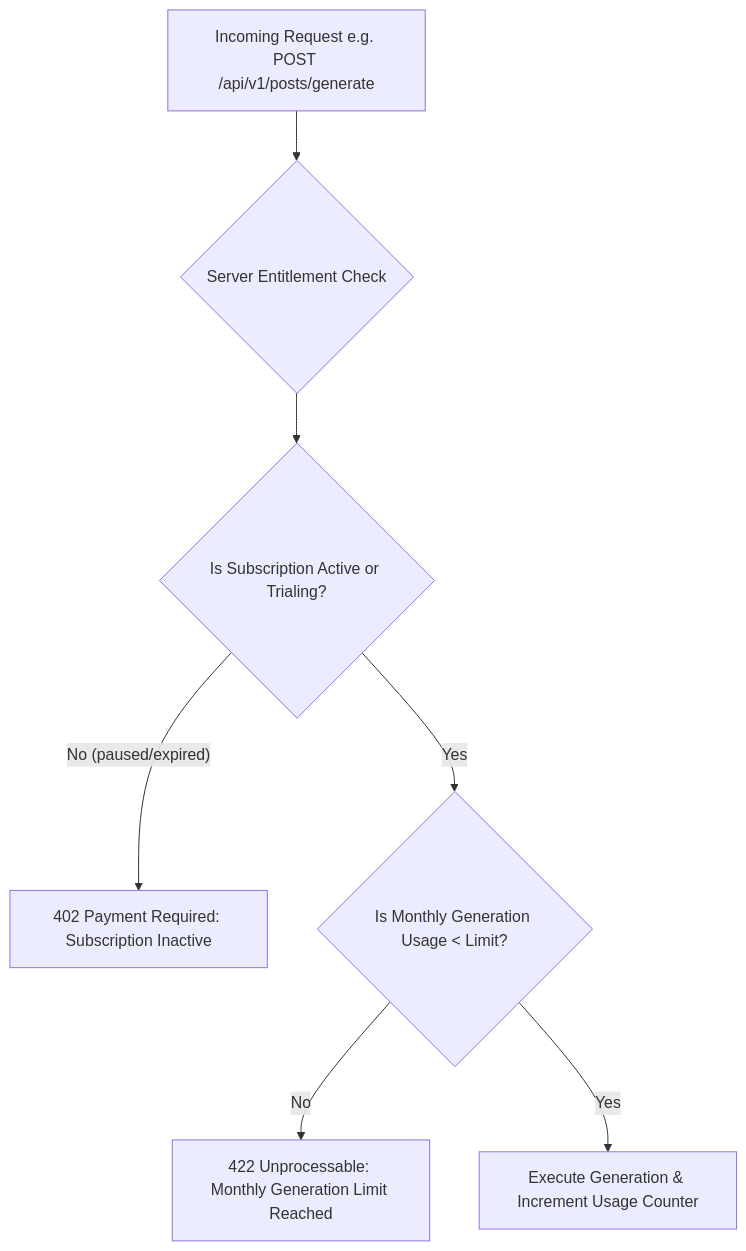
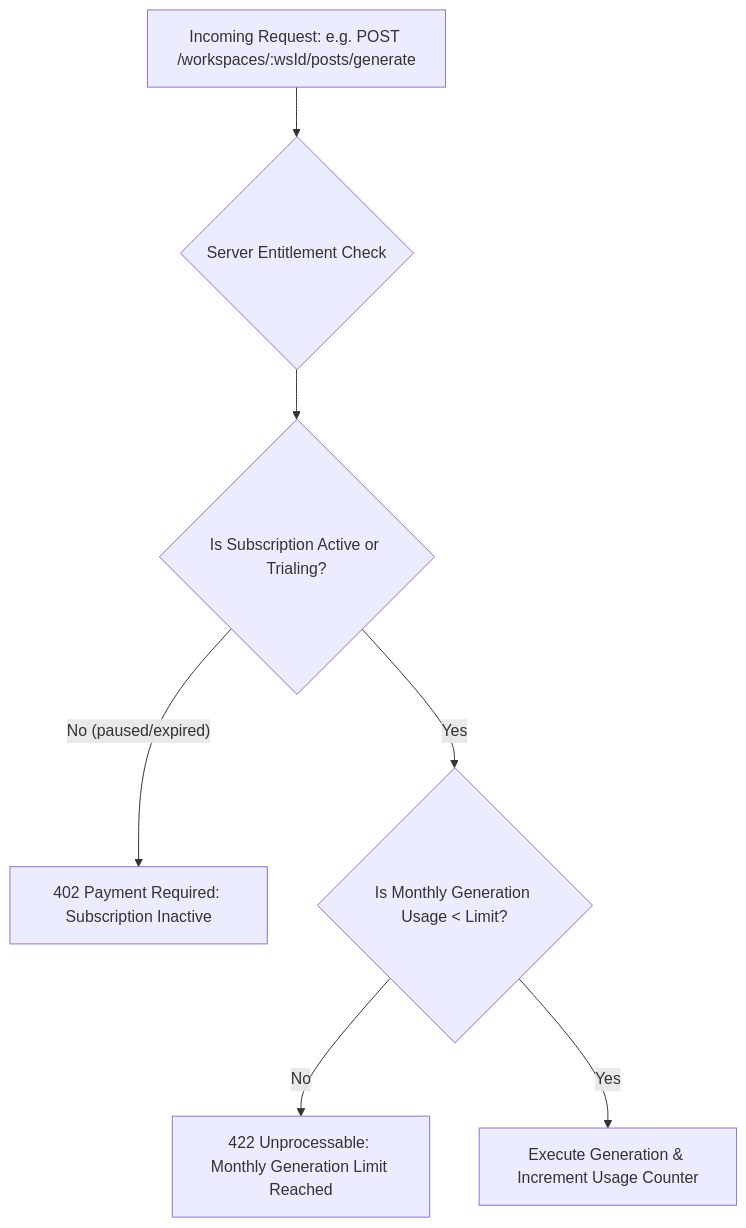
One commit to imsusanta/facebook-auto-post changed the second of 3 diagrams in docs/saas/billing-and-usage.md. Above: the diagram before and after it, drawn with Mermaid. The commit also changed other lines of this file and 10 other files, not shown here.

Commit message:
docs(saas): correct tenant security and architecture assumptions

````diff
--- a/docs/saas/billing-and-usage.md
+++ b/docs/saas/billing-and-usage.md
@@ -103,9 +112,9 @@
 ```mermaid
 flowchart TD
-    Req[Incoming Request e.g. POST /api/v1/posts/generate] --> EntCheck{Server Entitlement Check}
+    Req[Incoming Request: e.g. POST /workspaces/:wsId/posts/generate] --> EntCheck{Server Entitlement Check}
     EntCheck --> SubStatus{Is Subscription Active or Trialing?}
     SubStatus -- No (paused/expired) --> E402[402 Payment Required: Subscription Inactive]
     SubStatus -- Yes --> QuotaCheck{Is Monthly Generation Usage < Limit?}
-    QuotaCheck -- No --> E403[422 Unprocessable: Monthly Generation Limit Reached]
+    QuotaCheck -- No --> E422[422 Unprocessable: Monthly Generation Limit Reached]
     QuotaCheck -- Yes --> Exec[Execute Generation & Increment Usage Counter]
 ```
````
